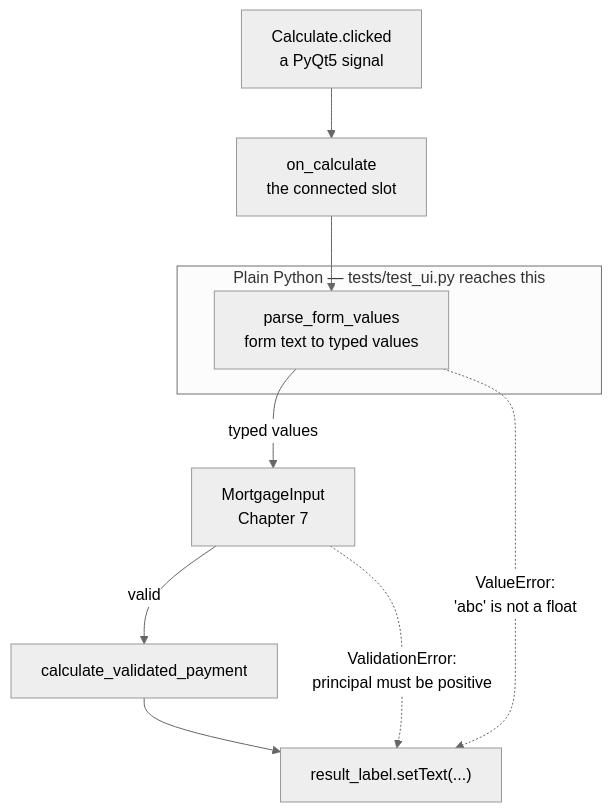
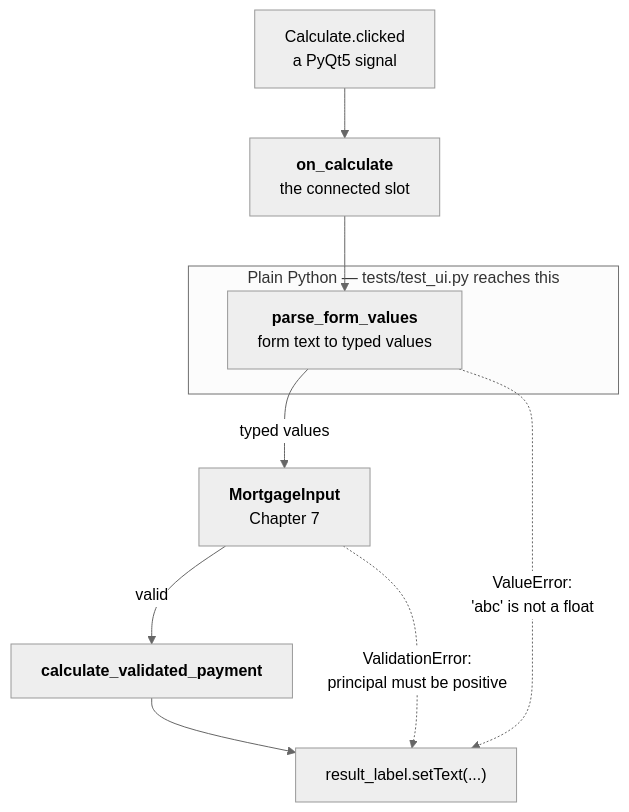
One commit to rioffe/intro_to_ai_software_engineering changed the second of 2 diagrams in manuscript/10-calculator-ui.md. Above: the diagram before and after it, drawn with Mermaid (neutral theme). The commit also changed other lines of this file and 17 other files, not shown here.

First line of the commit message:
Diagram readability pass, and keep diagrams with their intro sentence

````diff
--- a/manuscript/10-calculator-ui.md
+++ b/manuscript/10-calculator-ui.md
@@ -380,20 +380,20 @@
 ```mermaid
 flowchart TD
     CLICK["Calculate.clicked<br/>a PyQt5 signal"]
-    SLOT["on_calculate<br/>the connected slot"]
+    SLOT["<b>on_calculate</b><br/>the connected slot"]
 
     subgraph TESTABLE[" Plain Python — tests/test_ui.py reaches this "]
-        PARSE["parse_form_values<br/>form text to typed values"]
+        PARSE["<b>parse_form_values</b><br/>form text to typed values"]
     end
 
-    MI["MortgageInput<br/>Chapter 7"]
-    CALC["calculate_validated_payment"]
+    MI["<b>MortgageInput</b><br/>Chapter 7"]
+    CALC["<b>calculate_validated_payment</b>"]
     LABEL["result_label.setText(...)"]
 
     CLICK --> SLOT --> PARSE
     PARSE -->|"typed values"| MI
     MI -->|"valid"| CALC
     CALC --> LABEL
     PARSE -.->|"ValueError:<br/>'abc' is not a float"| LABEL
     MI -.->|"ValidationError:<br/>principal must be positive"| LABEL
 ```
````
